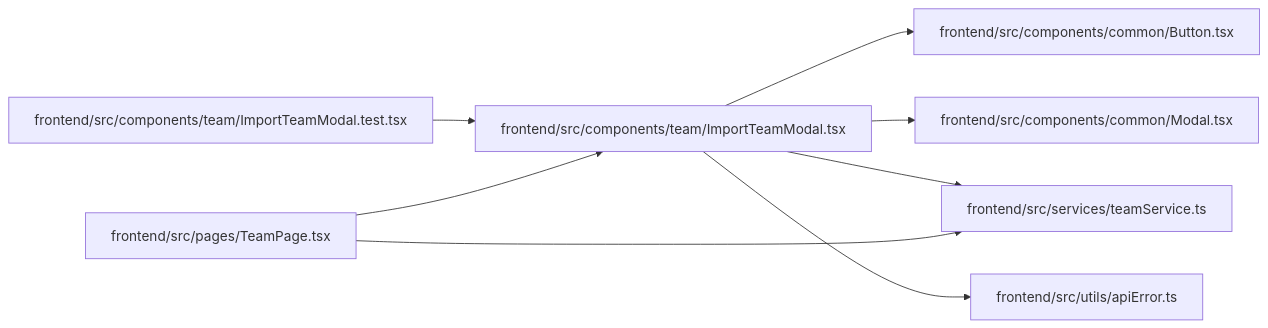
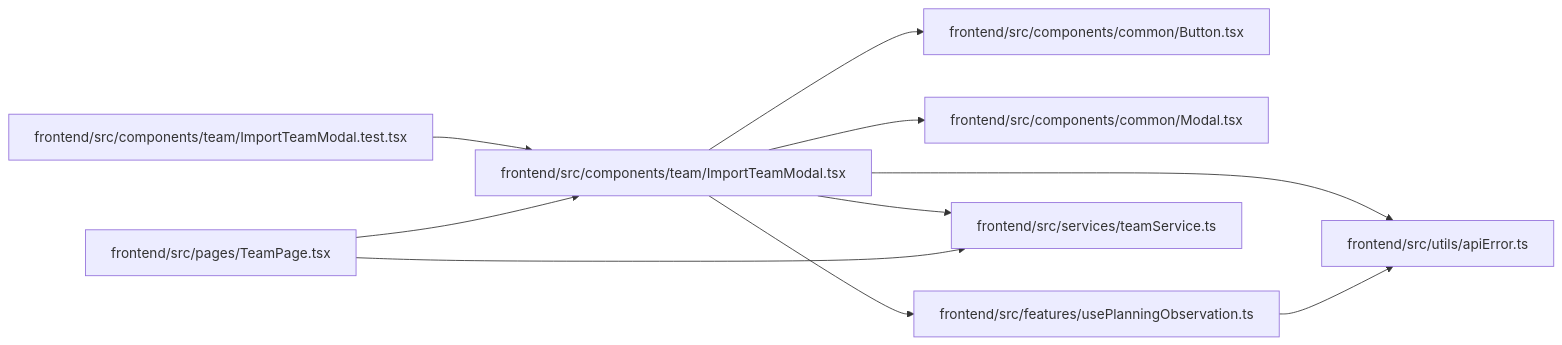
Before and after one commit to Denissvgn/WorkChord: the diagram in docs/llm_wiki/modules/ImportTeamModal.md, drawn with Mermaid. The commit also changed other lines of this file and 10148 other files, not shown here.

````diff
--- a/docs/llm_wiki/modules/ImportTeamModal.md
+++ b/docs/llm_wiki/modules/ImportTeamModal.md
@@ -32,24 +33,28 @@
 ```mermaid
 flowchart LR
     n0["frontend/src/components/common/Button.tsx"]
     n1["frontend/src/components/common/Modal.tsx"]
     n2["frontend/src/components/team/ImportTeamModal.test.tsx"]
     n3["frontend/src/components/team/ImportTeamModal.tsx"]
-    n4["frontend/src/pages/TeamPage.tsx"]
-    n5["frontend/src/services/teamService.ts"]
-    n6["frontend/src/utils/apiError.ts"]
+    n4["frontend/src/features/usePlanningObservation.ts"]
+    n5["frontend/src/pages/TeamPage.tsx"]
+    n6["frontend/src/services/teamService.ts"]
+    n7["frontend/src/utils/apiError.ts"]
     n2 --> n3
     n3 --> n0
     n3 --> n1
-    n3 --> n5
+    n3 --> n4
     n3 --> n6
-    n4 --> n3
-    n4 --> n5
+    n3 --> n7
+    n4 --> n7
+    n5 --> n3
+    n5 --> n6
     click n0 "../modules/Button.md"
     click n1 "../modules/Modal.md"
     click n2 "../modules/ImportTeamModal.test.md"
     click n3 "../modules/ImportTeamModal.md"
-    click n4 "../modules/TeamPage.md"
-    click n5 "../modules/teamService.md"
-    click n6 "../modules/apiError.md"
+    click n4 "../modules/usePlanningObservation.md"
+    click n5 "../modules/TeamPage.md"
+    click n6 "../modules/teamService.md"
+    click n7 "../modules/apiError.md"
 ```
````
